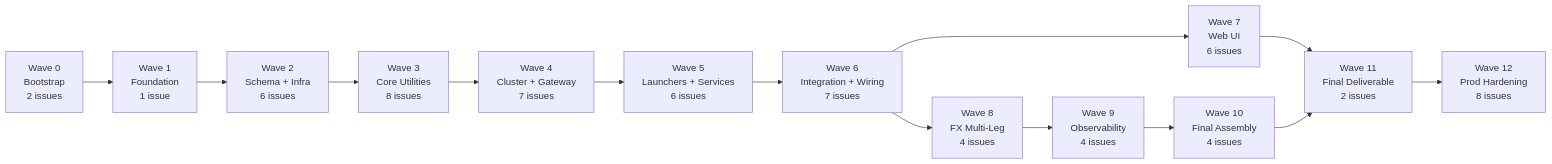
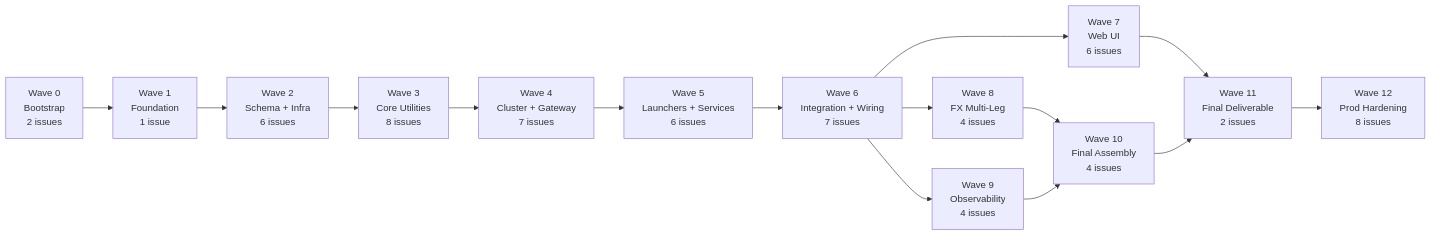
One commit to jsohi/app-trading-engine changed the second of 2 diagrams in docs/wave-plan.md. Above: the diagram before and after it, drawn with Mermaid. The commit also changed other lines of this file, not shown here.

First line of the commit message:
APP-57: Address PR review — parallelize Wave 9, fix hyphenation

````diff
--- a/docs/wave-plan.md
+++ b/docs/wave-plan.md
@@ -227,16 +227,17 @@
 ```mermaid
 graph LR
     W0["Wave 0<br/>Bootstrap<br/>2 issues"] --> W1["Wave 1<br/>Foundation<br/>1 issue"]
     W1 --> W2["Wave 2<br/>Schema + Infra<br/>6 issues"]
     W2 --> W3["Wave 3<br/>Core Utilities<br/>8 issues"]
     W3 --> W4["Wave 4<br/>Cluster + Gateway<br/>7 issues"]
     W4 --> W5["Wave 5<br/>Launchers + Services<br/>6 issues"]
     W5 --> W6["Wave 6<br/>Integration + Wiring<br/>7 issues"]
     W6 --> W7["Wave 7<br/>Web UI<br/>6 issues"]
     W6 --> W8["Wave 8<br/>FX Multi-Leg<br/>4 issues"]
+    W6 --> W9["Wave 9<br/>Observability<br/>4 issues"]
     W7 --> W11["Wave 11<br/>Final Deliverable<br/>2 issues"]
-    W8 --> W9["Wave 9<br/>Observability<br/>4 issues"]
-    W9 --> W10["Wave 10<br/>Final Assembly<br/>4 issues"]
+    W8 --> W10["Wave 10<br/>Final Assembly<br/>4 issues"]
+    W9 --> W10
     W10 --> W11
     W11 --> W12["Wave 12<br/>Prod Hardening<br/>8 issues"]
 ```
````
